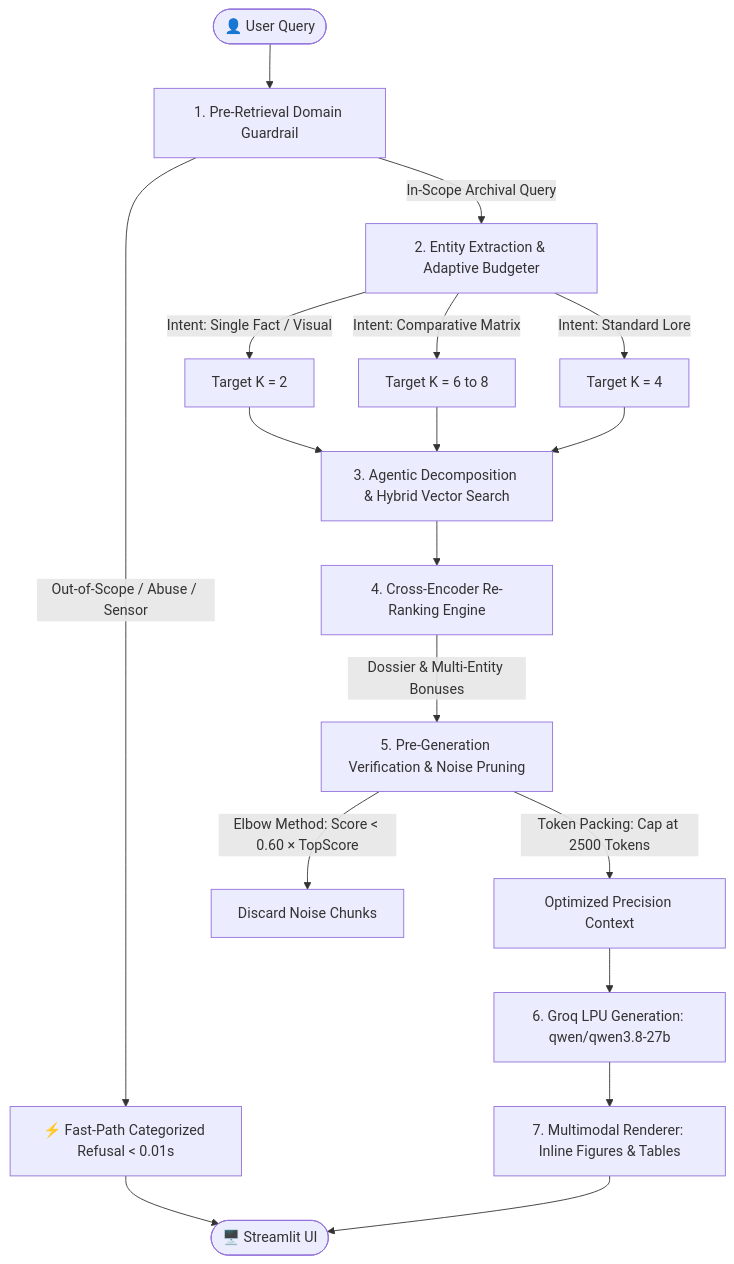
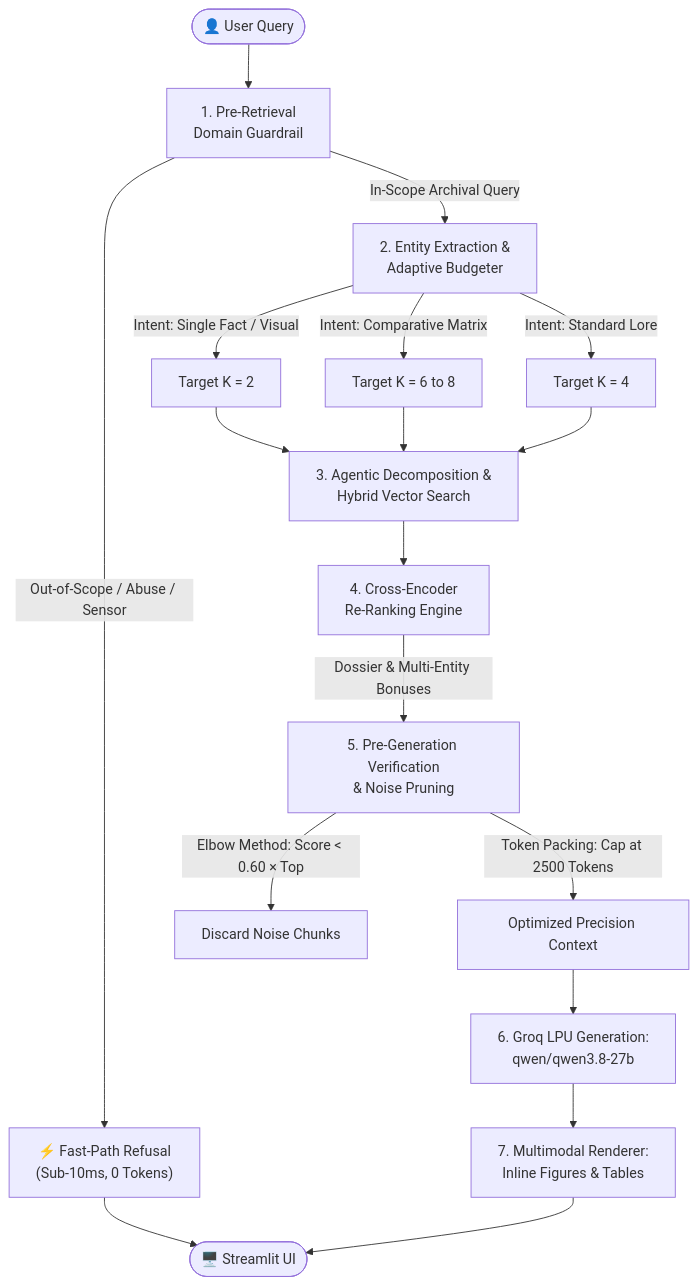
Before and after one commit to IT25101463/DeepThink: the diagram in README.md, drawn with Mermaid. The commit also changed other lines of this file and 1 other file, not shown here.

Commit message:
fix(docs): resolve Mermaid diagram text truncation and embed architecture diagram asset

````diff
--- a/README.md
+++ b/README.md
@@ -53,27 +58,27 @@
 ```mermaid
 flowchart TD
-    User([👤 User Query]) --> S1[1. Pre-Retrieval Domain Guardrail]
+    User(["👤 User Query"]) --> S1["1. Pre-Retrieval<br/>Domain Guardrail"]
 
-    S1 -->|Out-of-Scope / Abuse / Sensor| FastPath[⚡ Fast-Path Categorized Refusal < 0.01s]
-    FastPath --> UI([🖥️ Streamlit UI])
+    S1 -->|"Out-of-Scope / Abuse / Sensor"| FastPath["⚡ Fast-Path Refusal<br/>(Sub-10ms, 0 Tokens)"]
+    FastPath --> UI(["🖥️ Streamlit UI"])
 
-    S1 -->|In-Scope Archival Query| S2[2. Entity Extraction & Adaptive Budgeter]
+    S1 -->|"In-Scope Archival Query"| S2["2. Entity Extraction &<br/>Adaptive Budgeter"]
 
-    S2 -->|Intent: Single Fact / Visual| K2[Target K = 2]
-    S2 -->|Intent: Comparative Matrix| K6[Target K = 6 to 8]
-    S2 -->|Intent: Standard Lore| K4[Target K = 4]
+    S2 -->|"Intent: Single Fact / Visual"| K2["Target K = 2"]
+    S2 -->|"Intent: Comparative Matrix"| K6["Target K = 6 to 8"]
+    S2 -->|"Intent: Standard Lore"| K4["Target K = 4"]
 
-    K2 & K6 & K4 --> S3[3. Agentic Decomposition & Hybrid Vector Search]
+    K2 & K6 & K4 --> S3["3. Agentic Decomposition &<br/>Hybrid Vector Search"]
 
-    S3 --> S4[4. Cross-Encoder Re-Ranking Engine]
+    S3 --> S4["4. Cross-Encoder<br/>Re-Ranking Engine"]
 
-    S4 -->|Dossier & Multi-Entity Bonuses| S5[5. Pre-Generation Verification & Noise Pruning]
+    S4 -->|"Dossier & Multi-Entity Bonuses"| S5["5. Pre-Generation Verification<br/>& Noise Pruning"]
 
-    S5 -->|Elbow Method: Score < 0.60 × TopScore| DropTrailing[Discard Noise Chunks]
-    S5 -->|Token Packing: Cap at 2500 Tokens| PackContext[Optimized Precision Context]
+    S5 -->|"Elbow Method: Score &lt; 0.60 × Top"| DropTrailing["Discard Noise Chunks"]
+    S5 -->|"Token Packing: Cap at 2500 Tokens"| PackContext["Optimized Precision Context"]
 
-    PackContext --> S6[6. Groq LPU Generation: qwen/qwen3.8-27b]
+    PackContext --> S6["6. Groq LPU Generation:<br/>qwen/qwen3.8-27b"]
 
-    S6 --> S7[7. Multimodal Renderer: Inline Figures & Tables]
+    S6 --> S7["7. Multimodal Renderer:<br/>Inline Figures & Tables"]
     S7 --> UI
 ```
````
